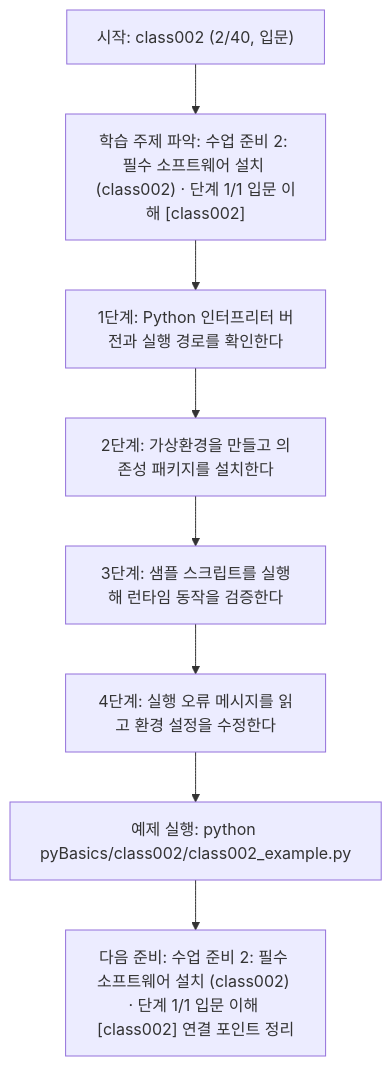
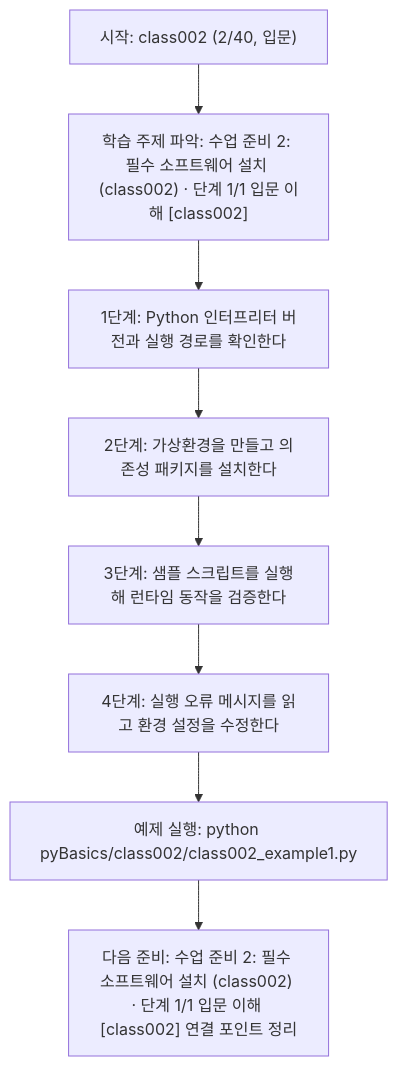
The diagram in pyBasics/class002/class002.md (edumgt/Python-AI_Agent-Class), drawn with Mermaid before and after one commit. The commit also changed other lines of this file and 2959 other files, not shown here.

````diff
--- a/pyBasics/class002/class002.md
+++ b/pyBasics/class002/class002.md
@@ -110,18 +110,18 @@
 ```mermaid
 flowchart TD
 N1["시작: class002 (2/40, 입문)"]
 N2["학습 주제 파악: 수업 준비 2: 필수 소프트웨어 설치 (class002) · 단계 1/1 입문 이해 [class002]"]
 N3["1단계: Python 인터프리터 버전과 실행 경로를 확인한다"]
 N4["2단계: 가상환경을 만들고 의존성 패키지를 설치한다"]
 N5["3단계: 샘플 스크립트를 실행해 런타임 동작을 검증한다"]
 N6["4단계: 실행 오류 메시지를 읽고 환경 설정을 수정한다"]
-N7["예제 실행: python pyBasics/class002/class002_example.py"]
+N7["예제 실행: python pyBasics/class002/class002_example1.py"]
 N8["다음 준비: 수업 준비 2: 필수 소프트웨어 설치 (class002) · 단계 1/1 입문 이해 [class002] 연결 포인트 정리"]
 N1 --> N2
 N2 --> N3
 N3 --> N4
 N4 --> N5
 N5 --> N6
 N6 --> N7
 N7 --> N8
 ```
````
